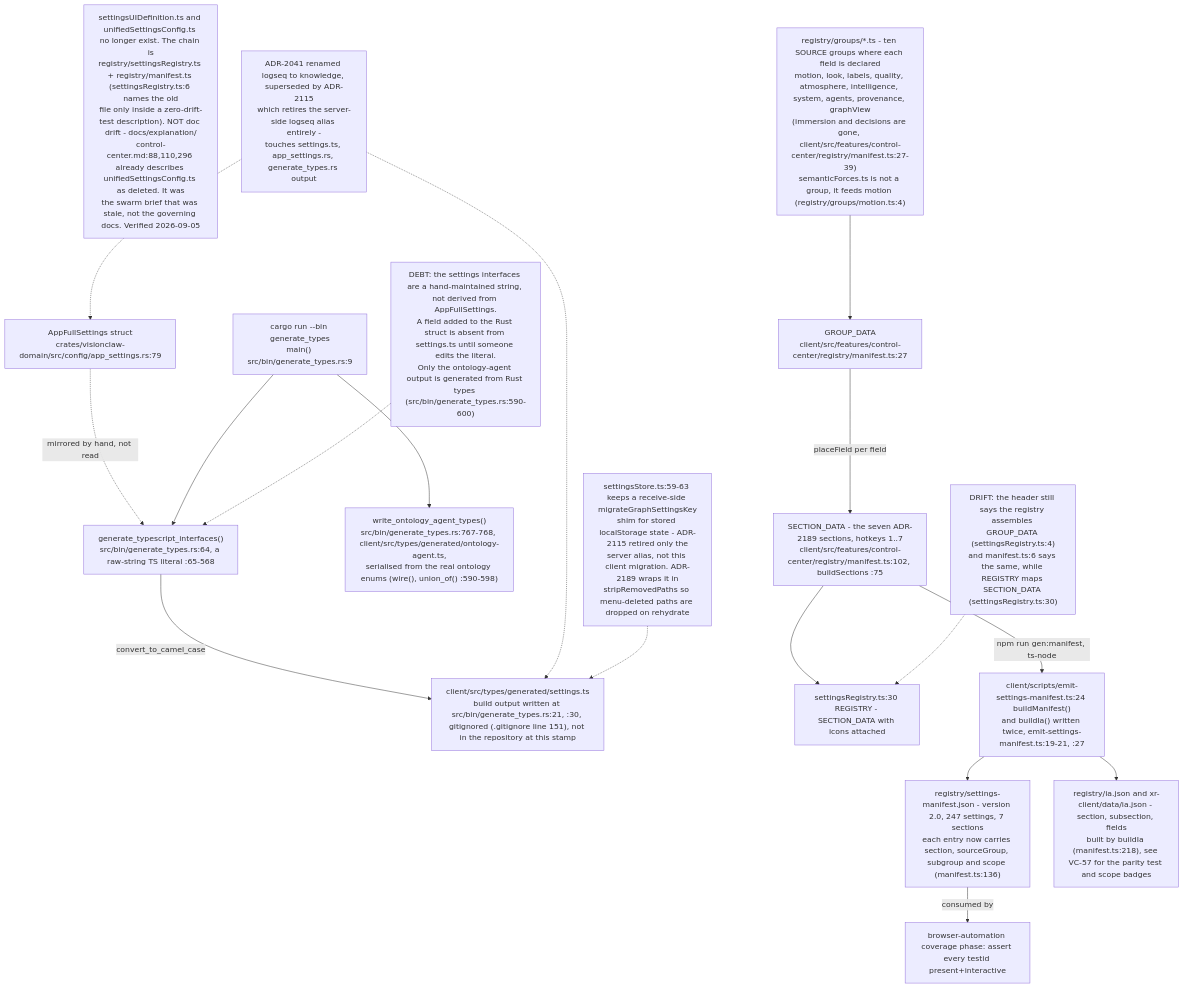
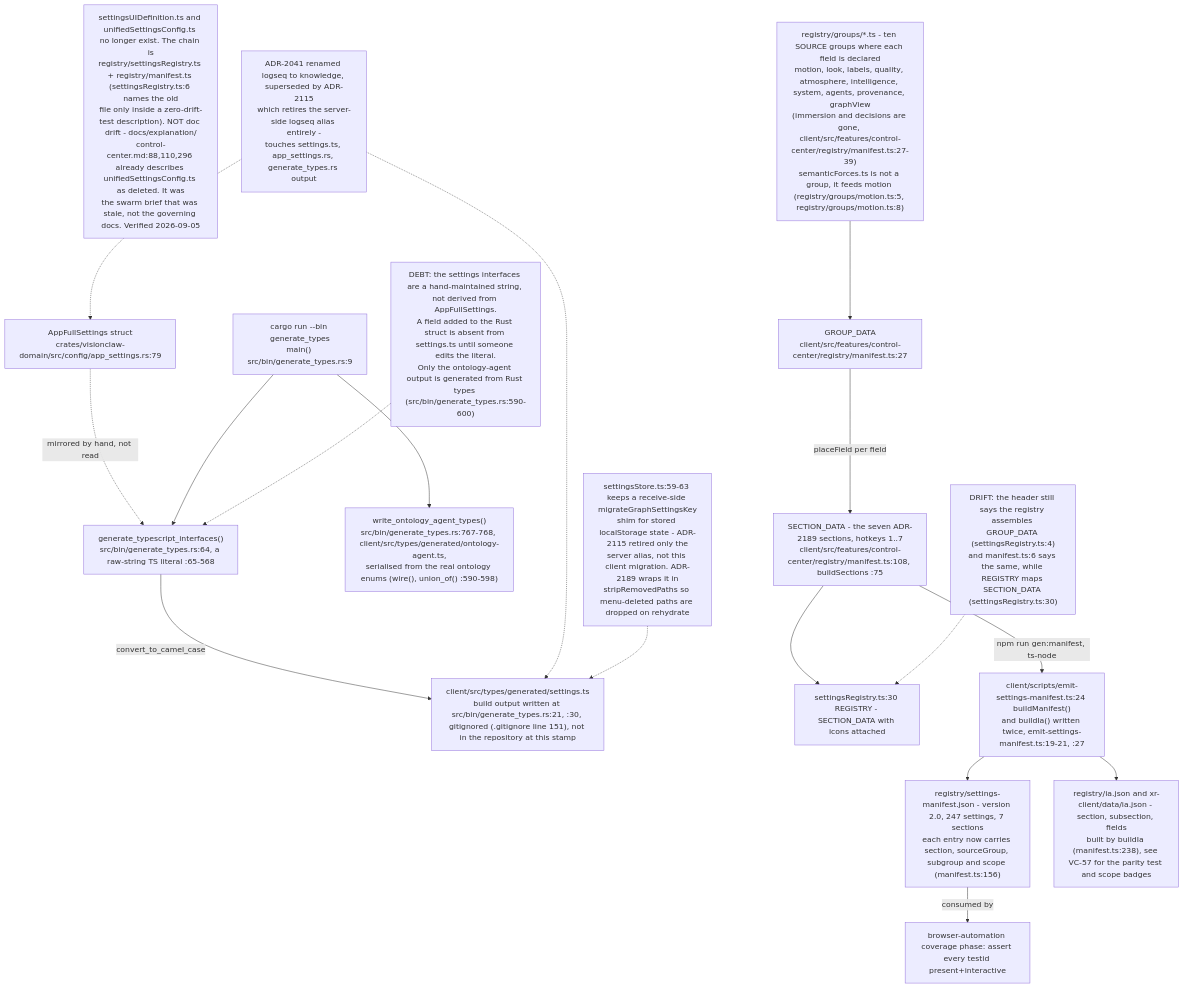
One commit to DreamLab-AI/VisionFlow changed the second of 20 diagrams in docs/diagrams/visionclaw/34-client-features.md. Above: the diagram before and after it, drawn with Mermaid. The commit also changed other lines of this file and 46 other files, not shown here.

Commit message:
docs(diagrams): re-verify VisionClaw topics at 809a859aa/a950f4d80 after the consolidation pass

````diff
--- a/docs/diagrams/visionclaw/34-client-features.md
+++ b/docs/diagrams/visionclaw/34-client-features.md
@@ -192,20 +197,20 @@
 ```mermaid
 flowchart TD
     RustStruct["AppFullSettings struct<br/>crates/visionclaw-domain/src/config/app_settings.rs:79"] -.->|mirrored by hand, not read| Gen["generate_typescript_interfaces()<br/>src/bin/generate_types.rs:64, a raw-string TS literal :65-568"]
     Bin["cargo run --bin generate_types<br/>main() src/bin/generate_types.rs:9"] --> Gen
     Bin --> OntGen["write_ontology_agent_types()<br/>src/bin/generate_types.rs:767-768, client/src/types/generated/ontology-agent.ts,<br/>serialised from the real ontology enums (wire(), union_of() :590-598)"]
     Debt1["DEBT: the settings interfaces are a hand-maintained string, not derived from AppFullSettings.<br/>A field added to the Rust struct is absent from settings.ts until someone edits the literal.<br/>Only the ontology-agent output is generated from Rust types (src/bin/generate_types.rs:590-600)"] -.-> Gen
     Gen -->|convert_to_camel_case| Out["client/src/types/generated/settings.ts<br/>build output written at src/bin/generate_types.rs:21, :30, gitignored (.gitignore line 151), not in the repository at this stamp"]
     Note1["settingsUIDefinition.ts and unifiedSettingsConfig.ts no longer exist. The chain is<br/>registry/settingsRegistry.ts + registry/manifest.ts (settingsRegistry.ts:6 names the old<br/>file only inside a zero-drift-test description). NOT doc drift - docs/explanation/<br/>control-center.md:88,110,296 already describes unifiedSettingsConfig.ts as deleted. It was<br/>the swarm brief that was stale, not the governing docs. Verified 2026-09-05"]
-    Groups["registry/groups/*.ts - ten SOURCE groups where each field is declared<br/>motion, look, labels, quality, atmosphere, intelligence, system, agents, provenance, graphView<br/>(immersion and decisions are gone, client/src/features/control-center/registry/manifest.ts:27-39)<br/>semanticForces.ts is not a group, it feeds motion (registry/groups/motion.ts:4)"] --> ManifestTs["GROUP_DATA<br/>client/src/features/control-center/registry/manifest.ts:27"]
-    ManifestTs -->|placeField per field| Sections["SECTION_DATA - the seven ADR-2189 sections, hotkeys 1..7<br/>client/src/features/control-center/registry/manifest.ts:102, buildSections :75"]
+    Groups["registry/groups/*.ts - ten SOURCE groups where each field is declared<br/>motion, look, labels, quality, atmosphere, intelligence, system, agents, provenance, graphView<br/>(immersion and decisions are gone, client/src/features/control-center/registry/manifest.ts:27-39)<br/>semanticForces.ts is not a group, it feeds motion (registry/groups/motion.ts:5, registry/groups/motion.ts:8)"] --> ManifestTs["GROUP_DATA<br/>client/src/features/control-center/registry/manifest.ts:27"]
+    ManifestTs -->|placeField per field| Sections["SECTION_DATA - the seven ADR-2189 sections, hotkeys 1..7<br/>client/src/features/control-center/registry/manifest.ts:108, buildSections :75"]
     Sections --> Registry["settingsRegistry.ts:30 REGISTRY - SECTION_DATA with icons attached"]
     DriftReg["DRIFT: the header still says the registry assembles GROUP_DATA (settingsRegistry.ts:4)<br/>and manifest.ts:6 says the same, while REGISTRY maps SECTION_DATA (settingsRegistry.ts:30)"] -.-> Registry
     Sections -->|npm run gen:manifest, ts-node| Emit["client/scripts/emit-settings-manifest.ts:24 buildManifest()<br/>and buildIa() written twice, emit-settings-manifest.ts:19-21, :27"]
-    Emit --> ManifestJson["registry/settings-manifest.json - version 2.0, 247 settings, 7 sections<br/>each entry now carries section, sourceGroup, subgroup and scope (manifest.ts:136)"]
-    Emit --> Ia["registry/ia.json and xr-client/data/ia.json - section, subsection, fields<br/>built by buildIa (manifest.ts:218), see VC-57 for the parity test and scope badges"]
+    Emit --> ManifestJson["registry/settings-manifest.json - version 2.0, 247 settings, 7 sections<br/>each entry now carries section, sourceGroup, subgroup and scope (manifest.ts:156)"]
+    Emit --> Ia["registry/ia.json and xr-client/data/ia.json - section, subsection, fields<br/>built by buildIa (manifest.ts:238), see VC-57 for the parity test and scope badges"]
     ManifestJson -->|consumed by| QA["browser-automation coverage phase: assert every testid present+interactive"]
     ADR["ADR-2041 renamed logseq to knowledge, superseded by ADR-2115<br/>which retires the server-side logseq alias entirely -<br/>touches settings.ts, app_settings.rs, generate_types.rs output"] -.-> RustStruct
     ADR -.-> Out
     Note2["settingsStore.ts:59-63 keeps a receive-side migrateGraphSettingsKey<br/>shim for stored localStorage state - ADR-2115 retired only the<br/>server alias, not this client migration. ADR-2189 wraps it in<br/>stripRemovedPaths so menu-deleted paths are dropped on rehydrate"] -.-> Out
 ```
````
